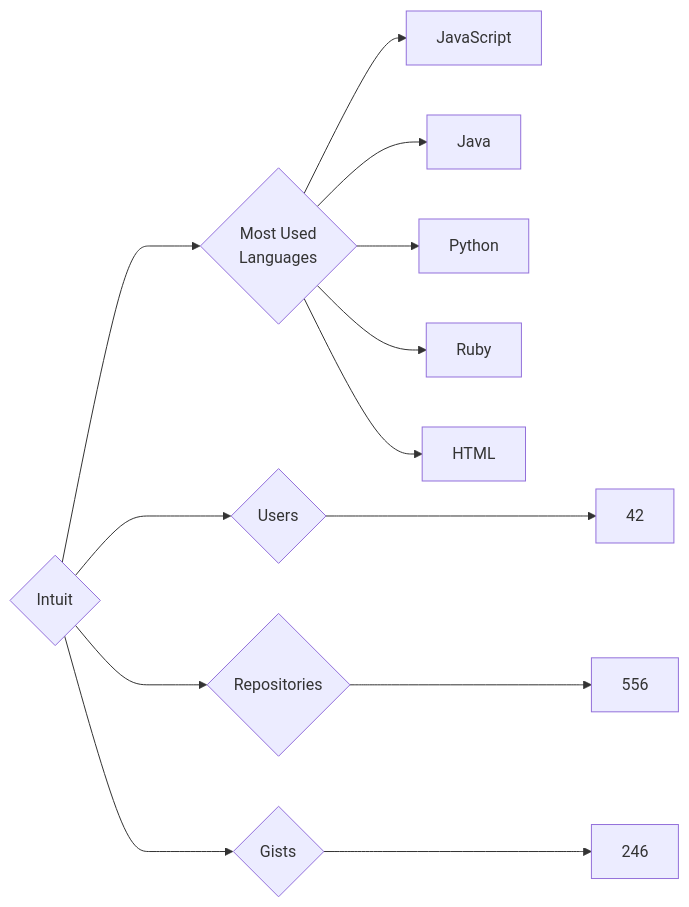
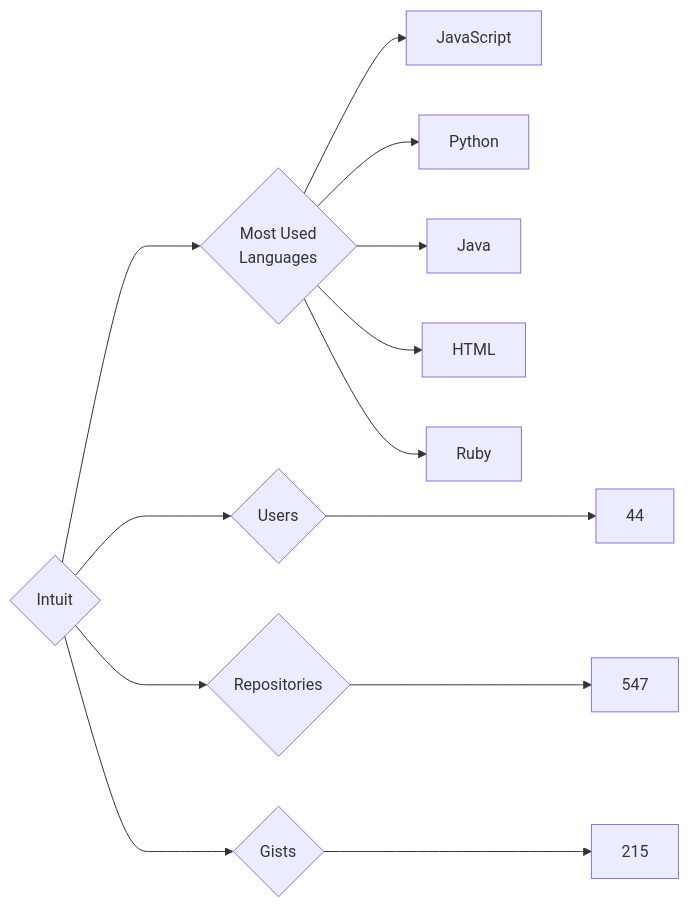
Before and after one commit to trickest/insiders: the diagram in targets/Intuit/README.md, drawn with Mermaid. The commit also changed 750 other files, not shown here.

````diff
--- a/targets/Intuit/README.md
+++ b/targets/Intuit/README.md
@@ -3,13 +3,13 @@
 ```mermaid
 graph LR
 COMPANY_NAME{Intuit}
-COMPANY_NAME ---> U{Users} ---> UN[42]
-COMPANY_NAME ---> R{Repositories} ---> RN[556]
-COMPANY_NAME ---> G{Gists} ---> GN[246]
+COMPANY_NAME ---> U{Users} ---> UN[44]
+COMPANY_NAME ---> R{Repositories} ---> RN[547]
+COMPANY_NAME ---> G{Gists} ---> GN[215]
 COMPANY_NAME ---> ML{Most Used<br>Languages}
 ML --> JavaScript[JavaScript]
+ML --> Python[Python]
 ML --> Java[Java]
-ML --> Python[Python]
+ML --> HTML[HTML]
 ML --> Ruby[Ruby]
-ML --> HTML[HTML]
 ```
````
